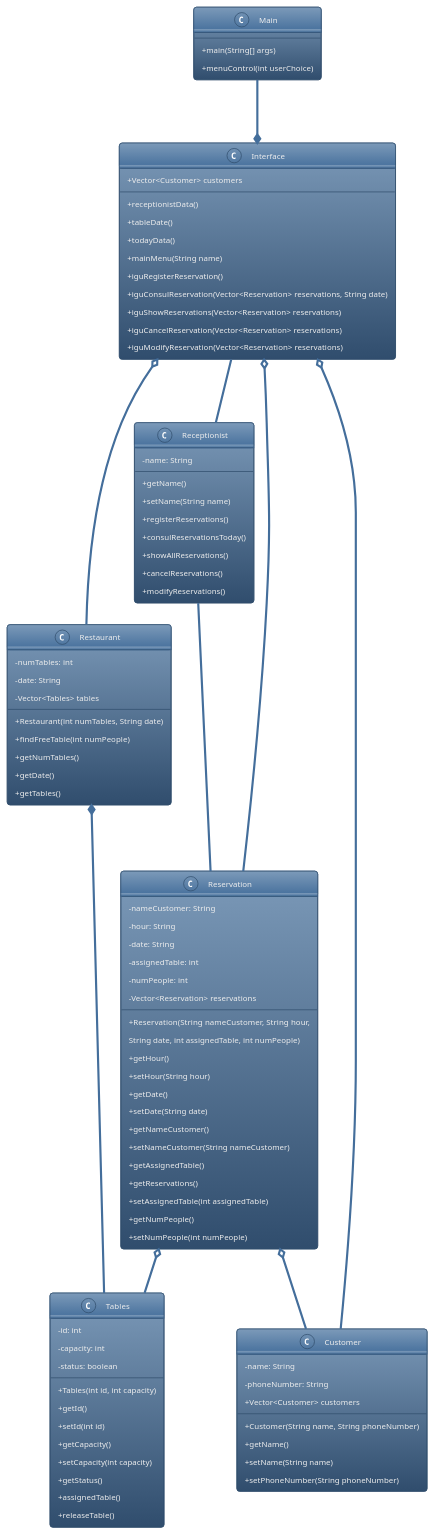
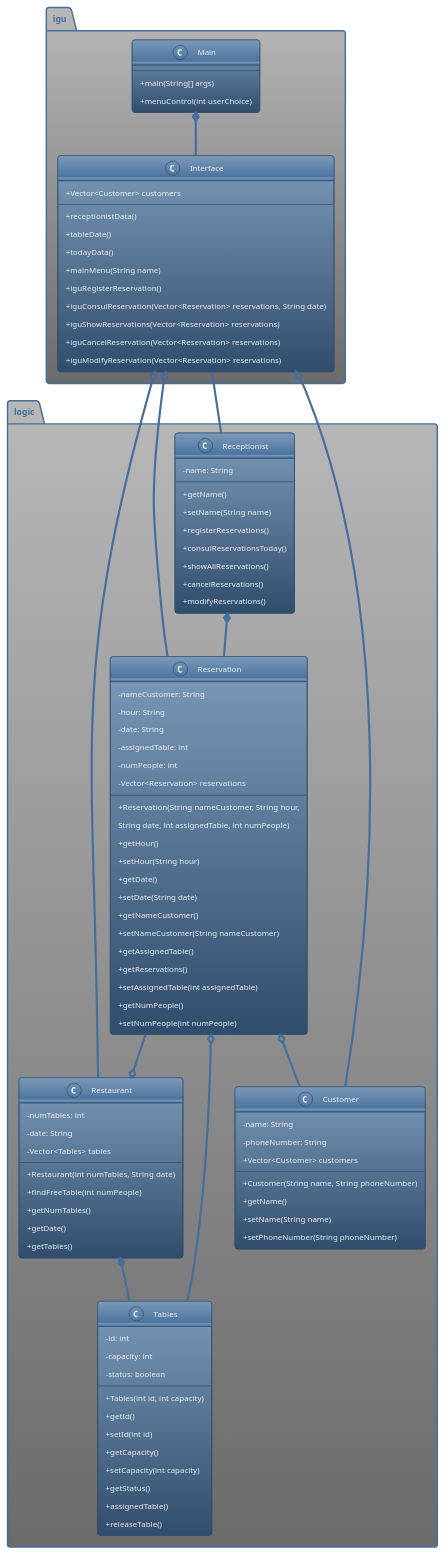
Before and after one commit to Andres0955/proyectoPoo: the diagram in Sistema_De_Reservas/src/diagramaDeClases.puml, drawn with PlantUML.

Commit message:
codigo v1.5.1 se actualizo el diagrama de clases corrigiendo algunos errores

```diff
--- a/Sistema_De_Reservas/src/diagramaDeClases.puml
+++ b/Sistema_De_Reservas/src/diagramaDeClases.puml
@@ -1,106 +1,113 @@
 @startuml
 'https://plantuml.com/sequence-diagram
 skinparam classAttributeIconSize 0
 !theme spacelab
-class Restaurant{
-    -numTables: int
-    -date: String
-    -Vector<Tables> tables
 
-    +Restaurant(int numTables, String date)
-    +findFreeTable(int numPeople)
-    +getNumTables()
-    +getDate()
-    +getTables()
+package logic{
+    class Restaurant{
+        -numTables: int
+        -date: String
+        -Vector<Tables> tables
+
+        +Restaurant(int numTables, String date)
+        +findFreeTable(int numPeople)
+        +getNumTables()
+        +getDate()
+        +getTables()
+    }
+
+    class Reservation{
+        -nameCustomer: String
+        -hour: String
+        -date: String
+        -assignedTable: int
+        -numPeople: int
+        -Vector<Reservation> reservations
+
+        +Reservation(String nameCustomer, String hour,
+        String date, int assignedTable, int numPeople)
+        +getHour()
+        +setHour(String hour)
+        +getDate()
+        +setDate(String date)
+        +getNameCustomer()
+        +setNameCustomer(String nameCustomer)
+        +getAssignedTable()
+        +getReservations()
+        +setAssignedTable(int assignedTable)
+        +getNumPeople()
+        +setNumPeople(int numPeople)
+    }
+
+    class Tables{
+        -id: int
+        -capacity: int
+        -status: boolean
+
+        +Tables(int id, int capacity)
+        +getId()
+        +setId(int id)
+        +getCapacity()
+        +setCapacity(int capacity)
+        +getStatus()
+        +assignedTable()
+        +releaseTable()
+    }
+
+    class Customer{
+        -name: String
+        -phoneNumber: String
+        +Vector<Customer> customers
+
+        +Customer(String name, String phoneNumber)
+        +getName()
+        +setName(String name)
+        +setPhoneNumber(String phoneNumber)
+    }
+
+    class Receptionist{
+        -name: String
+
+        +getName()
+        +setName(String name)
+        +registerReservations()
+        +consulReservationsToday()
+        +showAllReservations()
+        +cancelReservations()
+        +modifyReservations()
+    }
 }
 
-class Reservation{
-    -nameCustomer: String
-    -hour: String
-    -date: String
-    -assignedTable: int
-    -numPeople: int
-    -Vector<Reservation> reservations
+package igu{
 
-    +Reservation(String nameCustomer, String hour,
-    String date, int assignedTable, int numPeople)
-    +getHour()
-    +setHour(String hour)
-    +getDate()
-    +setDate(String date)
-    +getNameCustomer()
-    +setNameCustomer(String nameCustomer)
-    +getAssignedTable()
-    +getReservations()
-    +setAssignedTable(int assignedTable)
-    +getNumPeople()
-    +setNumPeople(int numPeople)
-}
+    class Main{
+        +main(String[] args)
+        +menuControl(int userChoice)
+    }
 
-class Tables{
-    -id: int
-    -capacity: int
-    -status: boolean
-
-    +Tables(int id, int capacity)
-    +getId()
-    +setId(int id)
-    +getCapacity()
-    +setCapacity(int capacity)
-    +getStatus()
-    +assignedTable()
-    +releaseTable()
-}
-
-class Customer{
-    -name: String
-    -phoneNumber: String
-    +Vector<Customer> customers
-
-    +Customer(String name, String phoneNumber)
-    +getName()
-    +setName(String name)
-    +setPhoneNumber(String phoneNumber)
-}
-
-class Receptionist{
-    -name: String
-
-    +getName()
-    +setName(String name)
-    +registerReservations()
-    +consulReservationsToday()
-    +showAllReservations()
-    +cancelReservations()
-    +modifyReservations()
-}
-
-class Main{
-    +main(String[] args)
-    +menuControl(int userChoice)
-}
-
-class Interface{
-    +Vector<Customer> customers
-    +receptionistData()
-    +tableDate()
-    +todayData()
-    +mainMenu(String name)
-    +iguRegisterReservation()
-    +iguConsulReservation(Vector<Reservation> reservations, String date)
-    +iguShowReservations(Vector<Reservation> reservations)
-    +iguCancelReservation(Vector<Reservation> reservations)
-    +iguModifyReservation(Vector<Reservation> reservations)
+    class Interface{
+        +Vector<Customer> customers
+        +receptionistData()
+        +tableDate()
+        +todayData()
+        +mainMenu(String name)
+        +iguRegisterReservation()
+        +iguConsulReservation(Vector<Reservation> reservations, String date)
+        +iguShowReservations(Vector<Reservation> reservations)
+        +iguCancelReservation(Vector<Reservation> reservations)
+        +iguModifyReservation(Vector<Reservation> reservations)
+    }
 }
 
 Restaurant *-- Tables
+Reservation --o Restaurant
 Reservation o-- Tables
 Reservation o-- Customer
-Receptionist --- Reservation
-Main --* Interface : usa
+Receptionist *-- Reservation
+Main *-- Interface
 Interface o-- Restaurant
 Interface o-- Reservation
 Interface o-- Customer
-Interface -- Receptionist : usa
+Interface -- Receptionist
 
 @enduml
```
